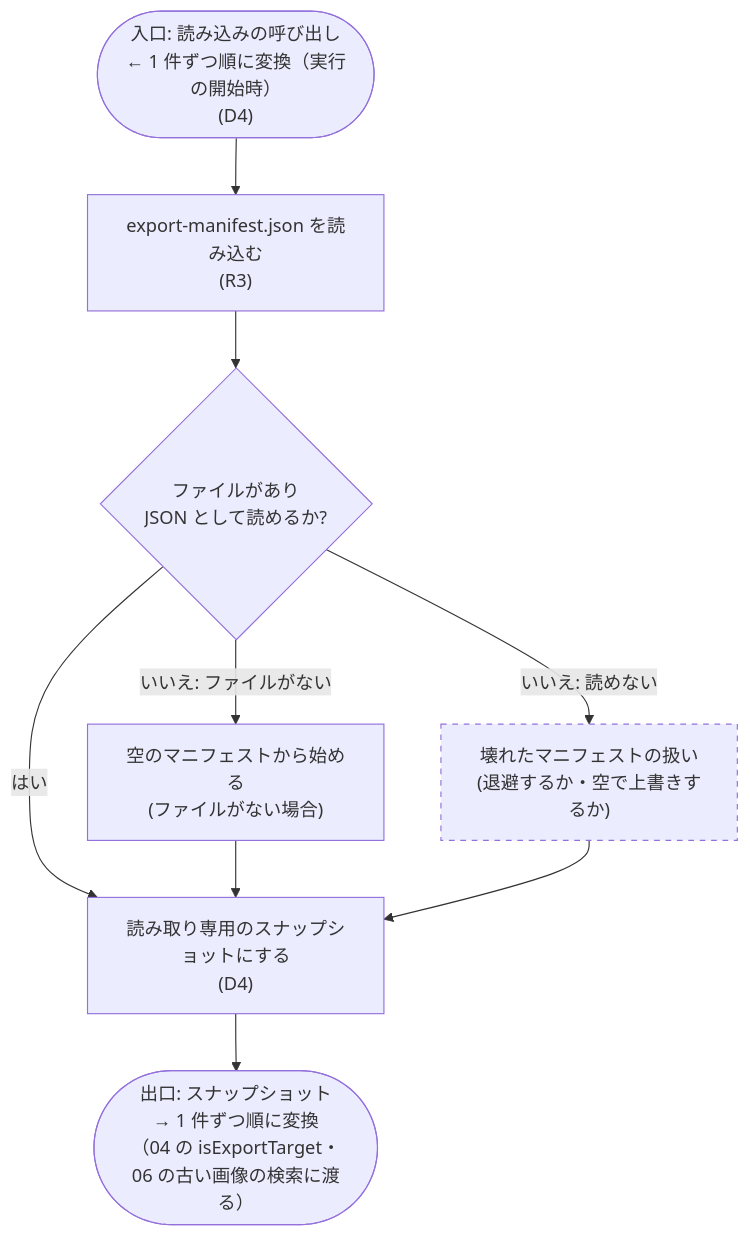
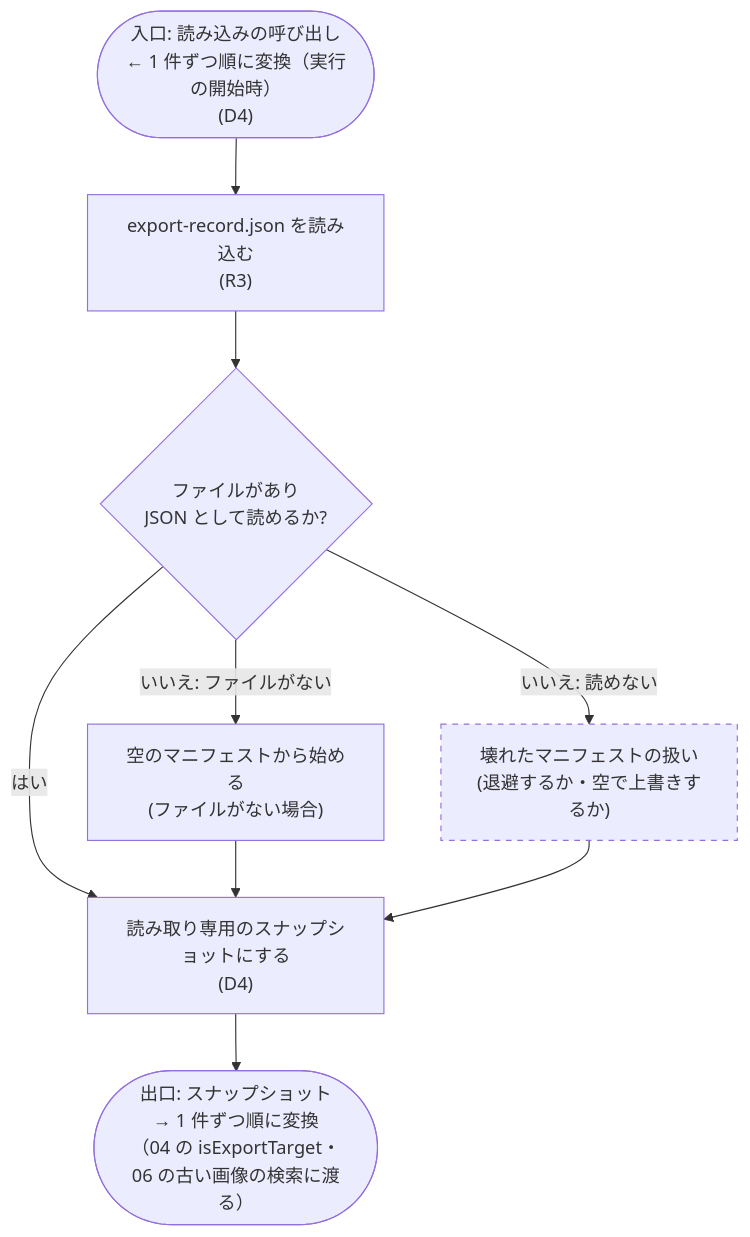
The second of 2 diagrams in docs/design/flows/10-record-results.md (rakko1133/obsidian-md-to-office), drawn with Mermaid before and after one commit. The commit also changed other lines of this file and 7 other files, not shown here.

First line of the commit message:
fix: 出力の記録のファイル名を export-record.json に変える (R3, G1)

````diff
--- a/docs/design/flows/10-record-results.md
+++ b/docs/design/flows/10-record-results.md
@@ -62,21 +62,21 @@
 ```mermaid
 flowchart TD
   classDef undecided stroke-dasharray: 5 5
 
   LIn(["入口: 読み込みの呼び出し<br/>← 1 件ずつ順に変換（実行の開始時）<br/>(D4)"])
-  Load["export-manifest.json を読み込む<br/>(R3)"]
+  Load["export-record.json を読み込む<br/>(R3)"]
   Exists{"ファイルがあり<br/>JSON として読めるか?"}
   Empty["空のマニフェストから始める<br/>(ファイルがない場合)"]
   Broken["壊れたマニフェストの扱い<br/>(退避するか・空で上書きするか)"]:::undecided
   Snap["読み取り専用のスナップショットにする<br/>(D4)"]
   LOut(["出口: スナップショット<br/>→ 1 件ずつ順に変換<br/>（04 の isExportTarget・06 の古い画像の検索に渡る）"])
 
   LIn --> Load
   Load --> Exists
   Exists -->|"はい"| Snap
   Exists -->|"いいえ: ファイルがない"| Empty
   Exists -->|"いいえ: 読めない"| Broken
   Empty --> Snap
   Broken --> Snap
   Snap --> LOut
 ```
````
